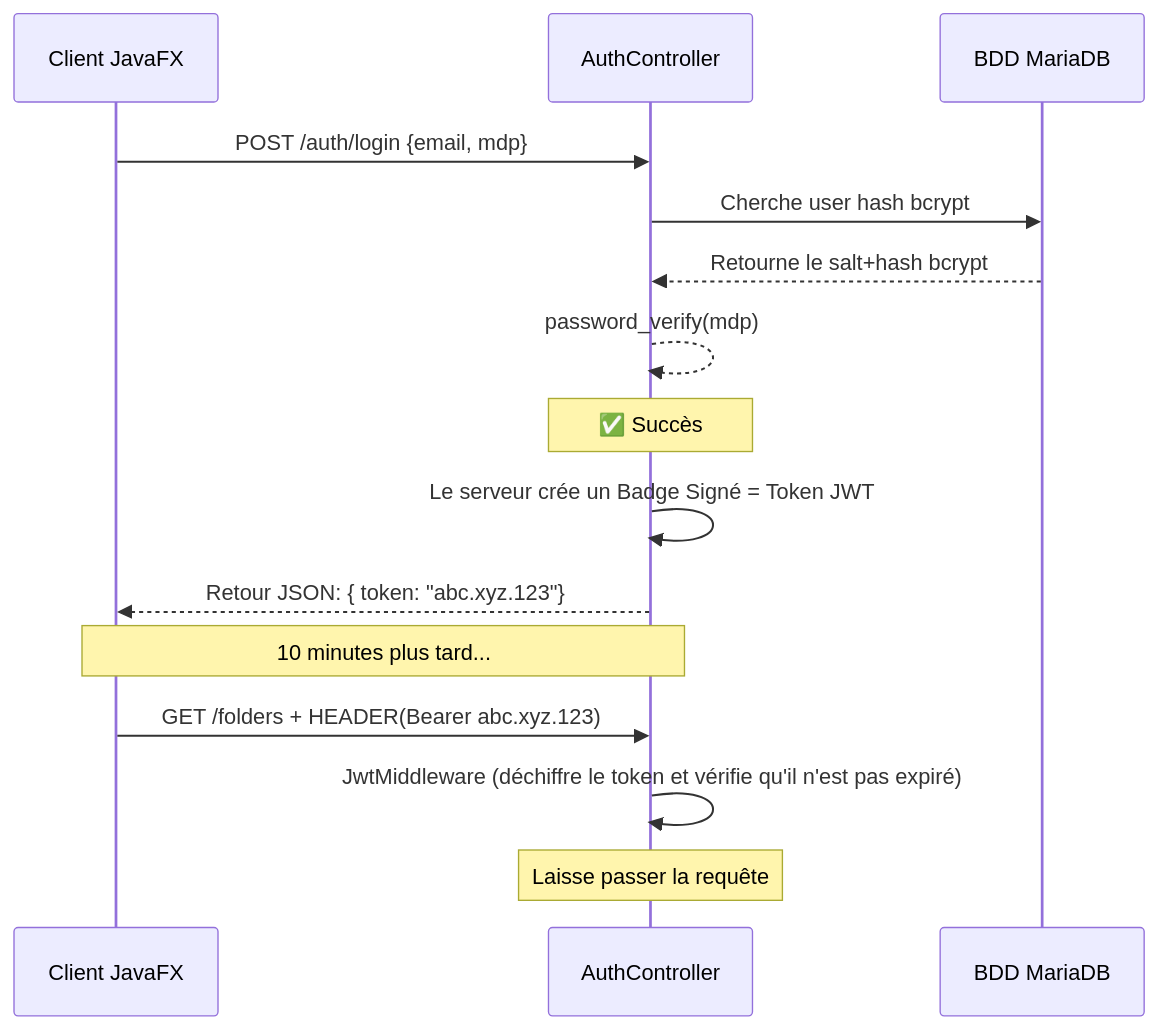
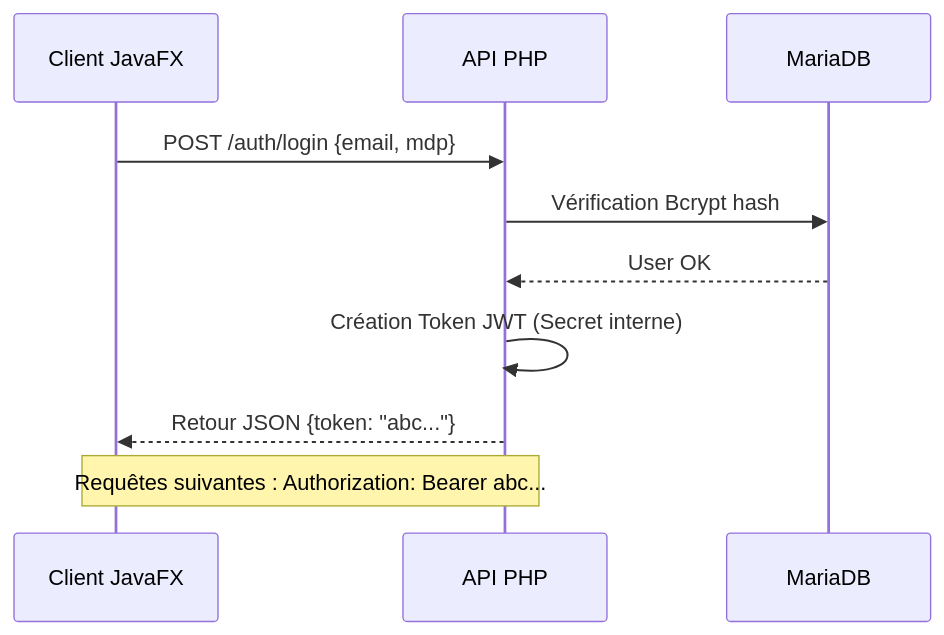
One commit to Momjax/Backup_ObsiLock_Mohamed changed the diagram in DOCS/03_Doc_Technique.md. Above: the diagram before and after it, drawn with Mermaid. The commit also changed other lines of this file and 53 other files, not shown here.

````diff
--- a/DOCS/03_Doc_Technique.md
+++ b/DOCS/03_Doc_Technique.md
@@ -34,20 +12,14 @@
 ```mermaid
 sequenceDiagram
     participant J as Client JavaFX
-    participant A as AuthController
-    participant B as BDD MariaDB
+    participant P as API PHP
+    participant M as MariaDB
 
-    J->>A: POST /auth/login {email, mdp}
-    A->>B: Cherche user hash bcrypt
-    B-->>A: Retourne le salt+hash bcrypt
-    A-->>A: password_verify(mdp)
-    Note over A: ✅ Succès 
-    A->>A: Le serveur crée un Badge Signé = Token JWT
-    A-->>J: Retour JSON: { token: "abc.xyz.123"}
+    J->>P: POST /auth/login {email, mdp}
+    P->>M: Vérification Bcrypt hash
+    M-->>P: User OK
+    P->>P: Création Token JWT (Secret interne)
+    P-->>J: Retour JSON {token: "abc..."}
     
-    Note over J, A: 10 minutes plus tard...
-    
-    J->>A: GET /folders + HEADER(Bearer abc.xyz.123)
-    A->>A: JwtMiddleware (déchiffre le token et vérifie qu'il n'est pas expiré)
-    Note over A: Laisse passer la requête
+    Note over J, P: Requêtes suivantes : Authorization: Bearer abc...
 ```
````
